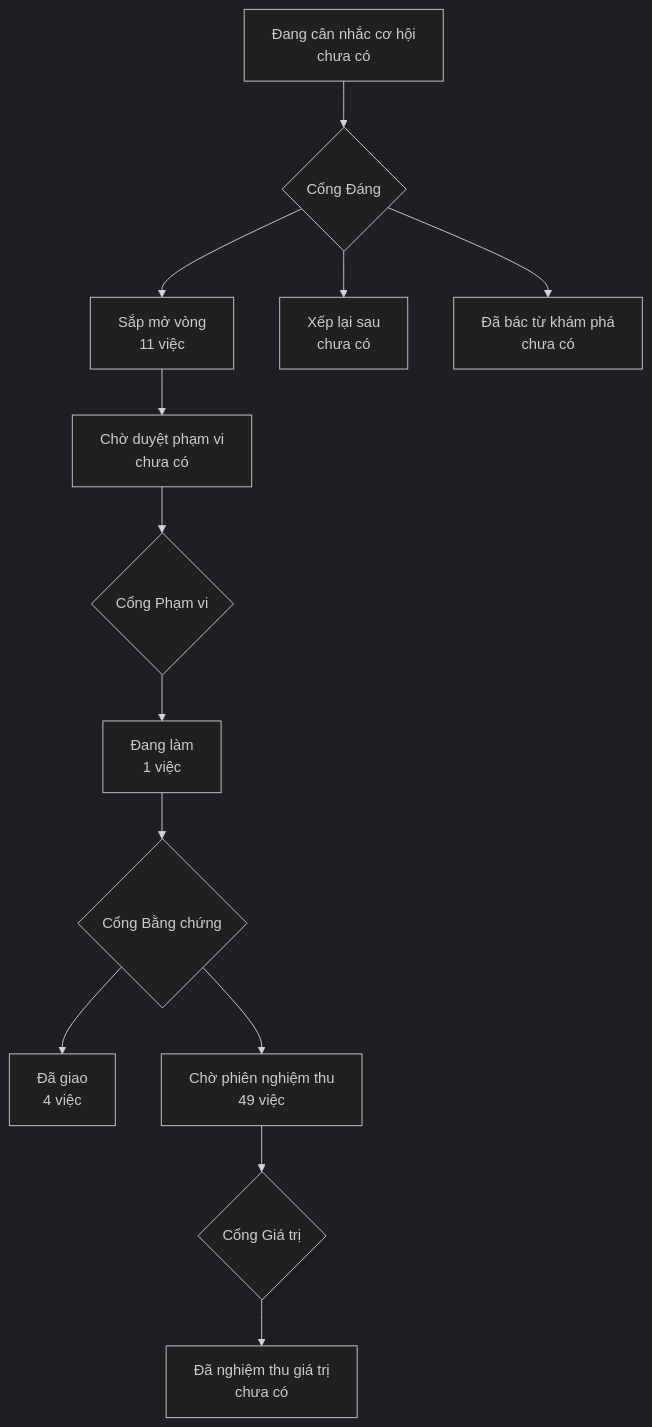
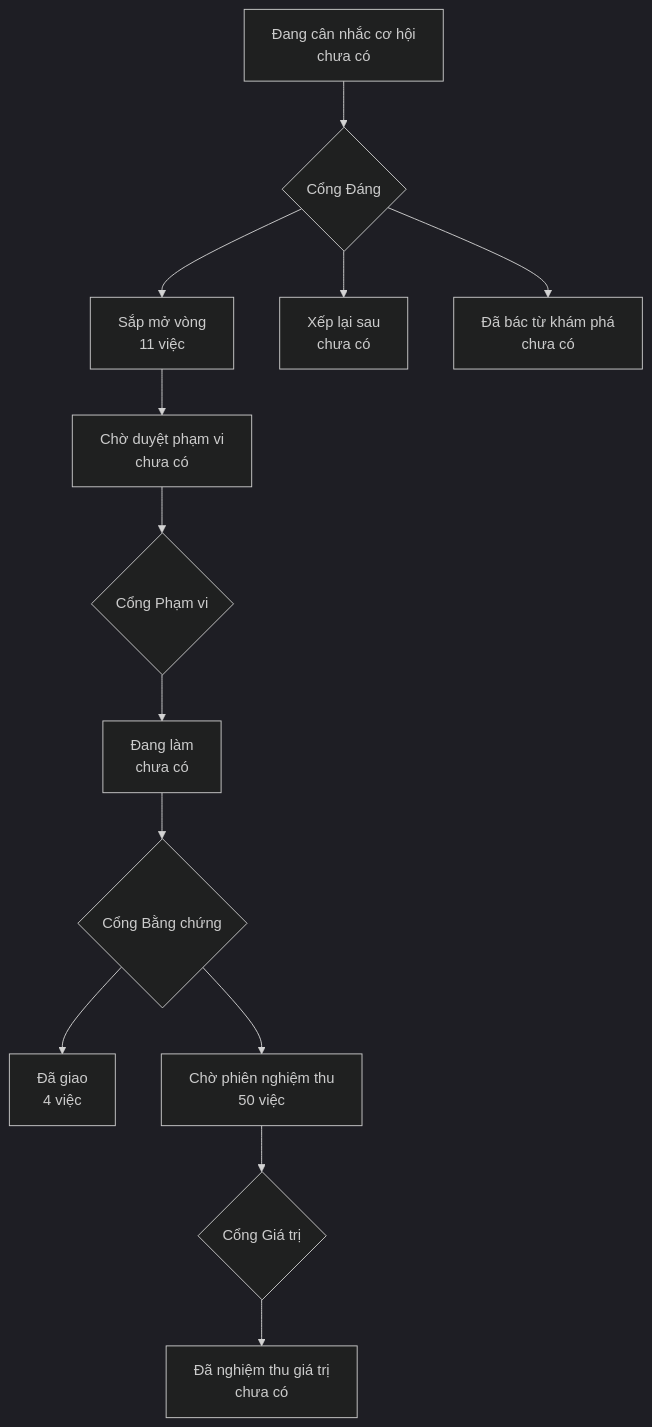
The diagram in PRODUCT-MAP.md (phanlemanh/onehub-inventory), drawn with Mermaid (dark theme) before and after one commit. The commit also changed other lines of this file and 4 other files, not shown here.

````diff
--- a/PRODUCT-MAP.md
+++ b/PRODUCT-MAP.md
@@ -7,12 +7,12 @@
 ```mermaid
 flowchart TD
   A["Đang cân nhắc cơ hội<br/>chưa có"] --> GD{"Cổng Đáng"}
   GD --> B["Sắp mở vòng<br/>11 việc"]
   GD --> XL["Xếp lại sau<br/>chưa có"]
   GD --> DB["Đã bác từ khám phá<br/>chưa có"]
   B --> CD["Chờ duyệt phạm vi<br/>chưa có"] --> GP{"Cổng Phạm vi"}
-  GP --> DL["Đang làm<br/>1 việc"] --> GB{"Cổng Bằng chứng"}
+  GP --> DL["Đang làm<br/>chưa có"] --> GB{"Cổng Bằng chứng"}
   GB --> DG["Đã giao<br/>4 việc"]
-  GB --> CN["Chờ phiên nghiệm thu<br/>49 việc"] --> GG{"Cổng Giá trị"}
+  GB --> CN["Chờ phiên nghiệm thu<br/>50 việc"] --> GG{"Cổng Giá trị"}
   GG --> NT["Đã nghiệm thu giá trị<br/>chưa có"]
 ```
````
